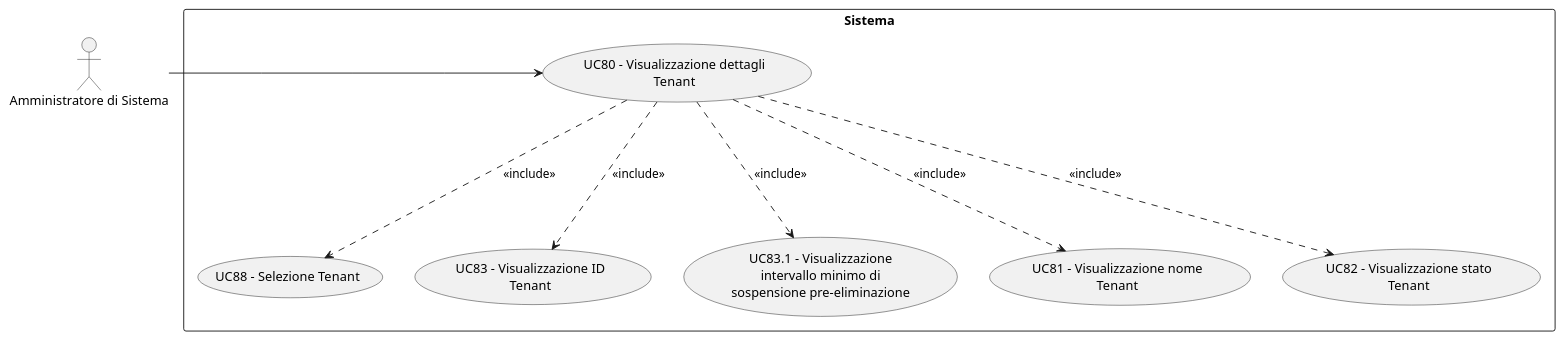
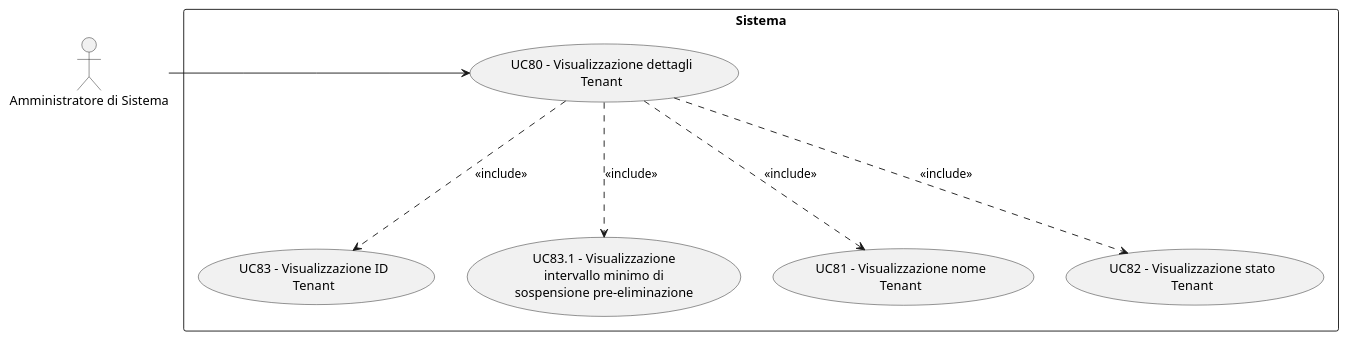
One commit to NoTIPswe/RepoDocumentale changed the diagram in docs/12-rtb/docest/analisi_requisiti/puml_output/cloud/visualizzazione_dettagli_tenant.puml. Above: the diagram before and after it, drawn with PlantUML. The commit also changed 17 other files, not shown here.

```diff
--- a/docs/12-rtb/docest/analisi_requisiti/puml_output/cloud/visualizzazione_dettagli_tenant.puml
+++ b/docs/12-rtb/docest/analisi_requisiti/puml_output/cloud/visualizzazione_dettagli_tenant.puml
@@ -1,24 +1,22 @@
 @startuml
 skinparam wrapWidth 200
 skinparam MaxMessageSize 150
 top to bottom direction
 skinparam packageStyle rectangle
 
 actor "Amministratore di Sistema" as CA_sys_adm
 
 rectangle "Sistema" {
-    usecase "UC88 - Selezione Tenant" as selezione_tenant
     usecase "UC80 - Visualizzazione dettagli Tenant" as visualizzazione_dettagli_tenant
     usecase "UC83 - Visualizzazione ID Tenant" as visualizzazione_id_tenant
     usecase "UC83.1 - Visualizzazione intervallo minimo di sospensione pre-eliminazione" as visualizzazione_intervallo_sospensione_tenant
     usecase "UC81 - Visualizzazione nome Tenant" as visualizzazione_nome_tenant
     usecase "UC82 - Visualizzazione stato Tenant" as visualizzazione_stato_tenant
 }
 
 CA_sys_adm -right-> visualizzazione_dettagli_tenant
-visualizzazione_dettagli_tenant -down..> selezione_tenant : <<include>>
 visualizzazione_dettagli_tenant -down..> visualizzazione_nome_tenant : <<include>>
 visualizzazione_dettagli_tenant -down..> visualizzazione_stato_tenant : <<include>>
 visualizzazione_dettagli_tenant -down..> visualizzazione_id_tenant : <<include>>
 visualizzazione_dettagli_tenant -down..> visualizzazione_intervallo_sospensione_tenant : <<include>>
 @enduml
```
